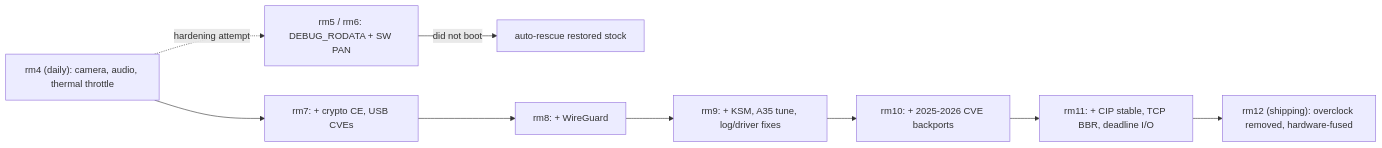
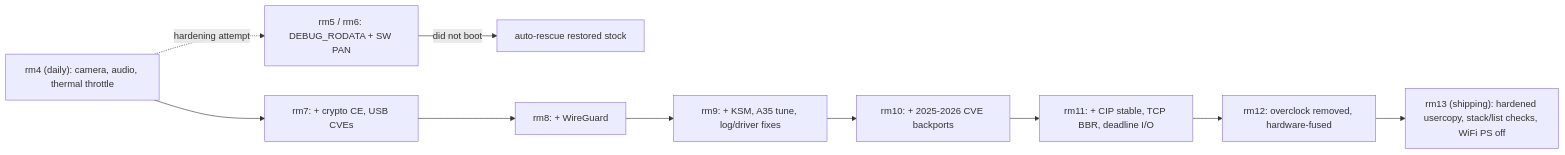
Before and after one commit to milouk/mls-maic: the first of 2 diagrams in README.md, drawn with Mermaid. The commit also changed other lines of this file and 5 other files, not shown here.

````diff
--- a/README.md
+++ b/README.md
@@ -156,11 +156,12 @@
 ```mermaid
 flowchart LR
     rm4["rm4 (daily): camera, audio, thermal throttle"] --> rm7["rm7: + crypto CE, USB CVEs"]
     rm4 -.->|hardening attempt| rm56["rm5 / rm6: DEBUG_RODATA + SW PAN"]
     rm56 -->|"did not boot"| rescue["auto-rescue restored stock"]
     rm7 --> rm8["rm8: + WireGuard"]
     rm8 --> rm9["rm9: + KSM, A35 tune, log/driver fixes"]
     rm9 --> rm10["rm10: + 2025-2026 CVE backports"]
     rm10 --> rm11["rm11: + CIP stable, TCP BBR, deadline I/O"]
-    rm11 --> rm12["rm12 (shipping): overclock removed, hardware-fused"]
+    rm11 --> rm12["rm12: overclock removed, hardware-fused"]
+    rm12 --> rm13["rm13 (shipping): hardened usercopy, stack/list checks, WiFi PS off"]
 ```
````
